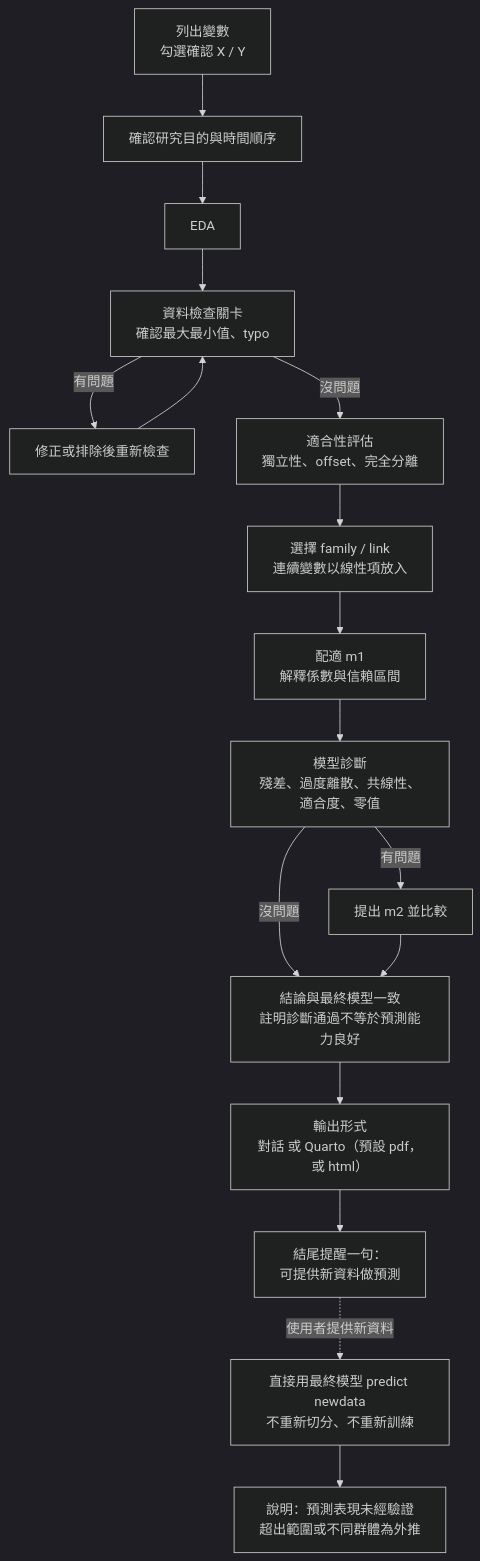
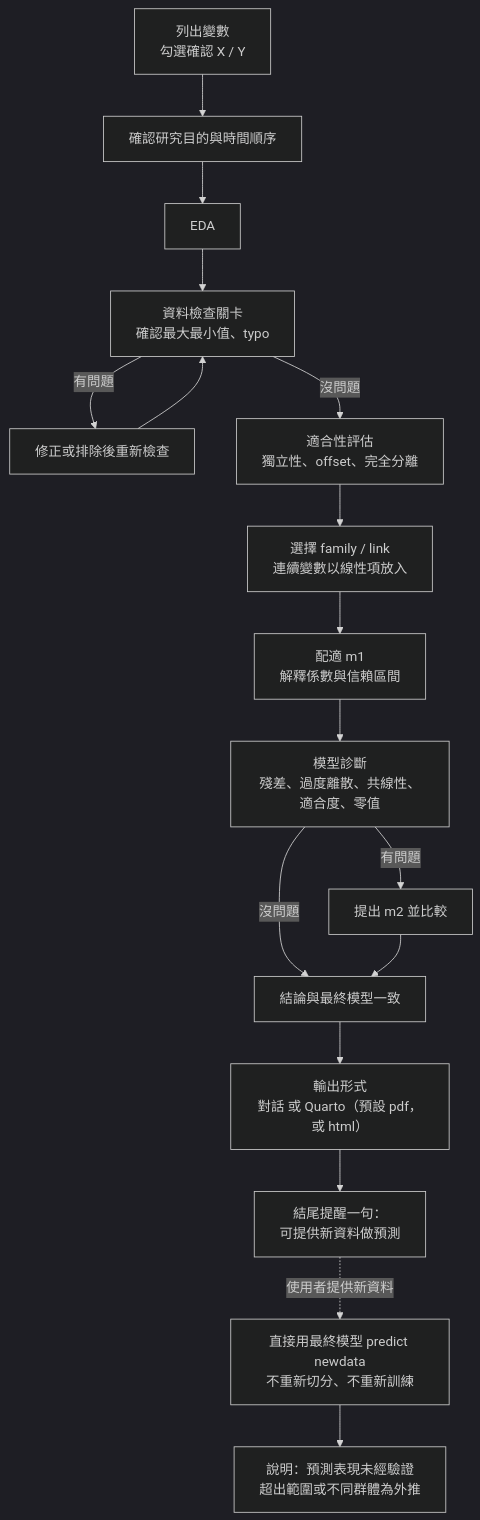
Before and after one commit to tzuhui39/SC3-GLM_Analysis: the diagram in README.md, drawn with Mermaid (dark theme).

Commit message:
Simplify flowchart conclusion node
Claude-Session: https://claude.ai/code/session_015dt6er1r7BZPH45wKRmkvi

````diff
--- a/README.md
+++ b/README.md
@@ -22,19 +22,19 @@
 ```mermaid
 flowchart TD
     A[列出變數<br>勾選確認 X / Y] --> B[確認研究目的與時間順序]
     B --> C[EDA]
     C --> D[資料檢查關卡<br>確認最大最小值、typo]
     D -->|有問題| D1[修正或排除後重新檢查]
     D1 --> D
     D -->|沒問題| E[適合性評估<br>獨立性、offset、完全分離]
     E --> F[選擇 family / link<br>連續變數以線性項放入]
     F --> G[配適 m1<br>解釋係數與信賴區間]
     G --> H[模型診斷<br>殘差、過度離散、共線性、適合度、零值]
     H -->|有問題| I[提出 m2 並比較]
     H -->|沒問題| K
-    I --> K[結論與最終模型一致<br>註明診斷通過不等於預測能力良好]
+    I --> K[結論與最終模型一致]
     K --> N[輸出形式<br>對話 或 Quarto（預設 pdf，或 html）]
     N --> O[結尾提醒一句：<br>可提供新資料做預測]
     O -.->|使用者提供新資料| L[直接用最終模型 predict newdata<br>不重新切分、不重新訓練]
     L --> M[說明：預測表現未經驗證<br>超出範圍或不同群體為外推]
 ```
````
